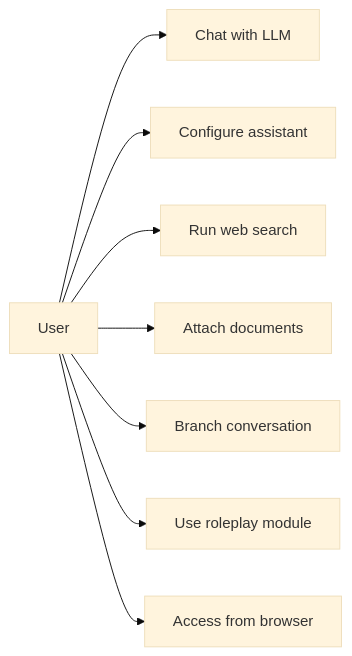
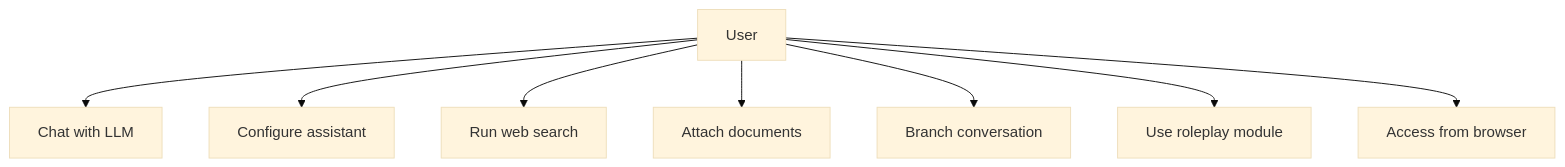
The first of 7 diagrams in README.md (EterUltimate/EterUee), drawn with Mermaid (base theme) before and after one commit. The commit also changed other lines of this file and 2 other files, not shown here.

Commit message:
docs: make README diagrams GitHub-safe

````diff
--- a/README.md
+++ b/README.md
@@ -66,19 +66,19 @@
 ```mermaid
-flowchart LR
-    User["User"]
-    Chat["Chat with LLM"]
-    Configure["Configure assistant"]
-    Search["Run web search"]
-    Parse["Attach documents"]
-    Branch["Branch conversation"]
-    Roleplay["Use roleplay module"]
-    WebAccess["Access from browser"]
+graph TD
+    User[User]
+    Chat[Chat with LLM]
+    Configure[Configure assistant]
+    Search[Run web search]
+    Parse[Attach documents]
+    Branch[Branch conversation]
+    Roleplay[Use roleplay module]
+    WebAccess[Access from browser]
 
     User --> Chat
     User --> Configure
     User --> Search
     User --> Parse
     User --> Branch
     User --> Roleplay
     User --> WebAccess
 ```
````
